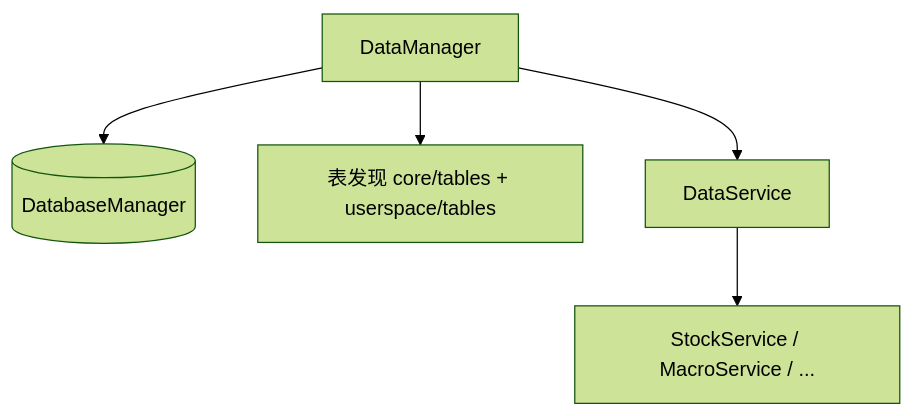
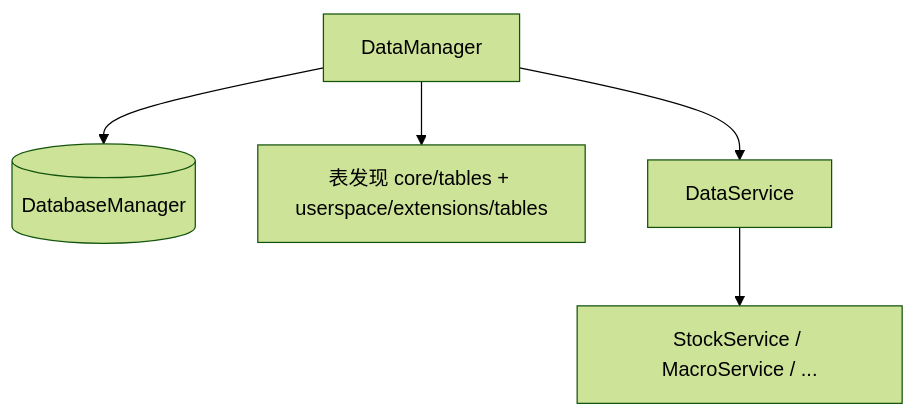
Before and after one commit to garnet1985/new-tea-quant: the diagram in core/modules/data_manager/docs/ARCHITECTURE.md, drawn with Mermaid (forest theme). The commit also changed other lines of this file and 15 other files, not shown here.

````diff
--- a/core/modules/data_manager/docs/ARCHITECTURE.md
+++ b/core/modules/data_manager/docs/ARCHITECTURE.md
@@ -51,12 +37,12 @@
 ```mermaid
 flowchart TB
   DM[DataManager]
   DB[(DatabaseManager)]
-  T[表发现 core/tables + userspace/tables]
+  T[表发现 core/tables + userspace/extensions/tables]
   DS[DataService]
   SS[StockService / MacroService / ...]
   DM --> DB
   DM --> T
   DM --> DS
   DS --> SS
 ```
````
